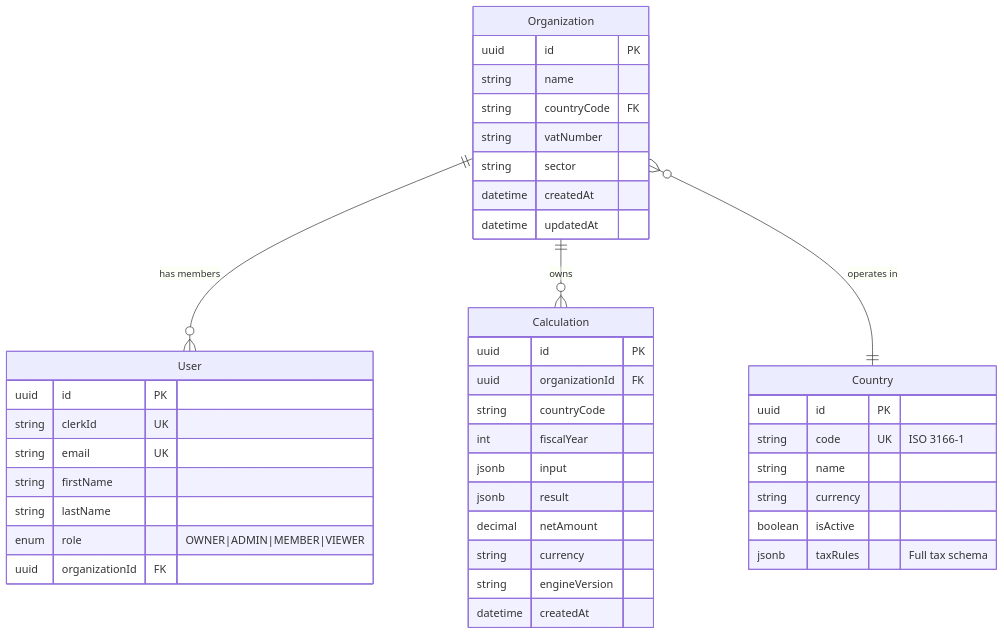
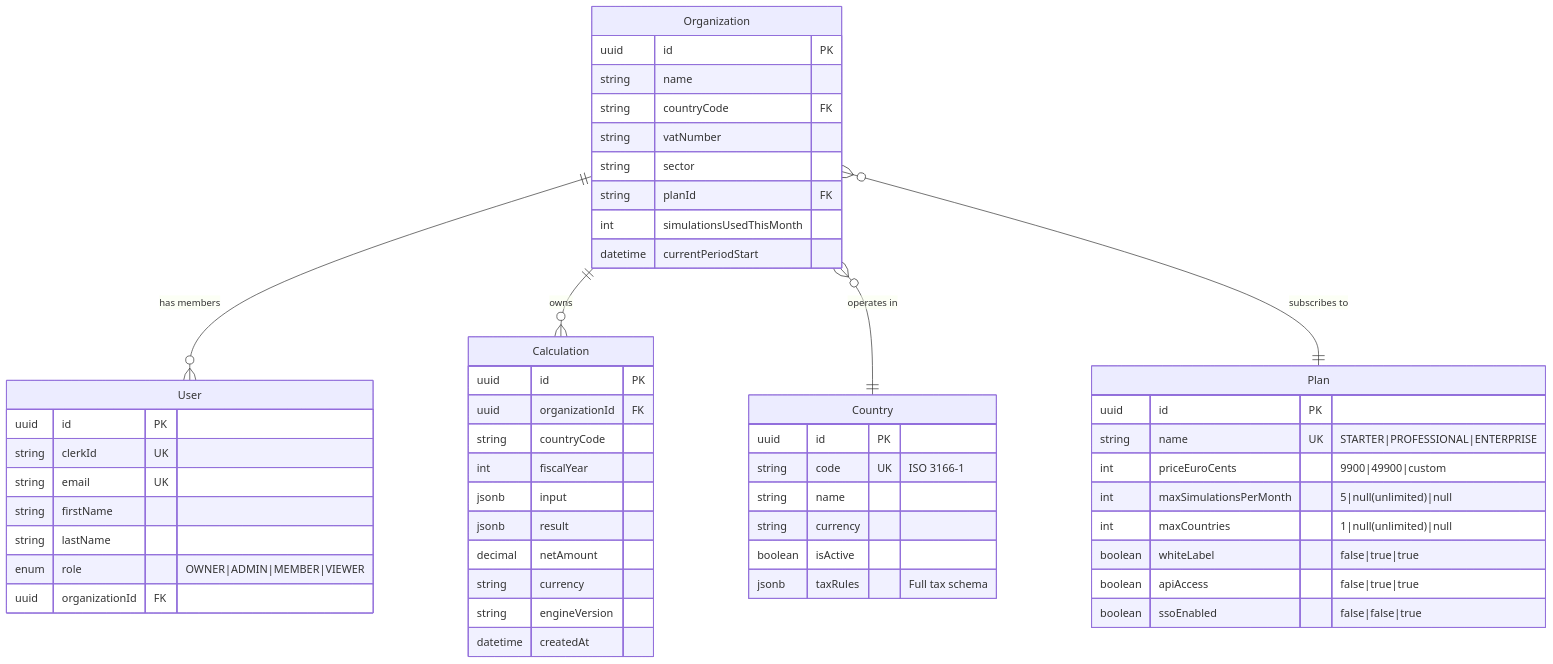
Before and after one commit to nabz0r/Global-Green-Tax: the sixth of 6 diagrams in README.md, drawn with Mermaid. The commit also changed other lines of this file and 10 other files, not shown here.

````diff
--- a/README.md
+++ b/README.md
@@ -368,48 +522,61 @@
 ```mermaid
 erDiagram
     Organization ||--o{ User : "has members"
     Organization ||--o{ Calculation : "owns"
     Organization }o--|| Country : "operates in"
+    Organization }o--|| Plan : "subscribes to"
+
+    Plan {
+        uuid id PK
+        string name UK "STARTER|PROFESSIONAL|ENTERPRISE"
+        int priceEuroCents "9900|49900|custom"
+        int maxSimulationsPerMonth "5|null(unlimited)|null"
+        int maxCountries "1|null(unlimited)|null"
+        boolean whiteLabel "false|true|true"
+        boolean apiAccess "false|true|true"
+        boolean ssoEnabled "false|false|true"
+    }
 
     Organization {
         uuid id PK
         string name
         string countryCode FK
         string vatNumber
         string sector
-        datetime createdAt
-        datetime updatedAt
+        string planId FK
+        int simulationsUsedThisMonth
+        datetime currentPeriodStart
     }
 
     User {
         uuid id PK
         string clerkId UK
         string email UK
         string firstName
         string lastName
         enum role "OWNER|ADMIN|MEMBER|VIEWER"
         uuid organizationId FK
     }
 
     Country {
         uuid id PK
         string code UK "ISO 3166-1"
         string name
         string currency
         boolean isActive
         jsonb taxRules "Full tax schema"
     }
 
     Calculation {
         uuid id PK
         uuid organizationId FK
         string countryCode
         int fiscalYear
         jsonb input
         jsonb result
         decimal netAmount
         string currency
         string engineVersion
         datetime createdAt
     }
 ```
````
